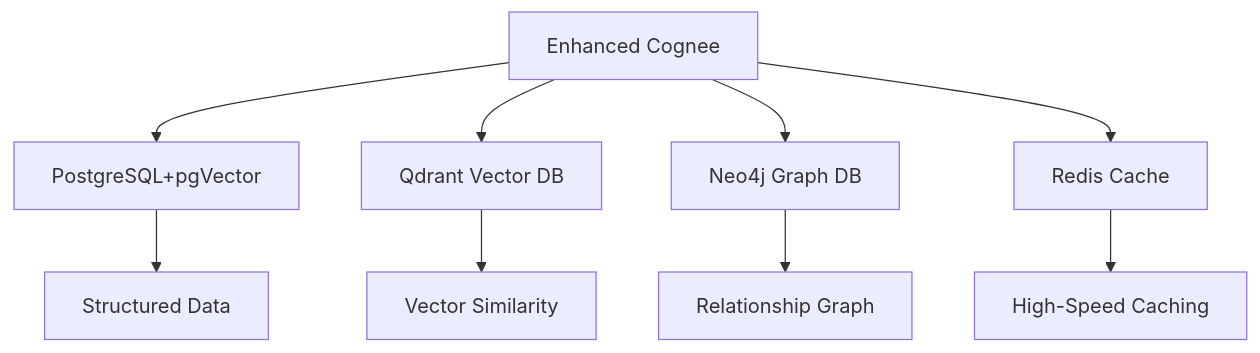
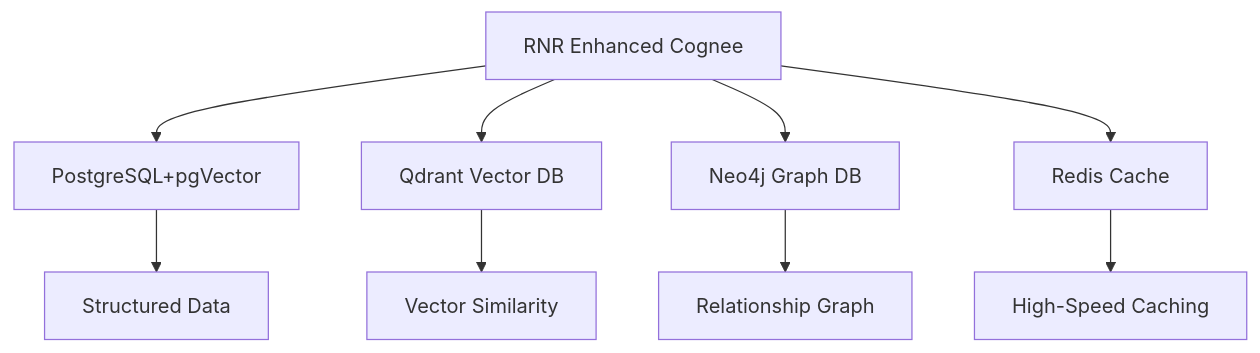
One commit to vincentspereira/Enhanced-Cognee changed the first of 2 diagrams in docs/architecture/IMPLEMENTATION_GUIDE.md. Above: the diagram before and after it, drawn with Mermaid. The commit also changed other lines of this file and 464 other files, not shown here.

First line of the commit message:
chore(rename): rebrand references to RNR Enhanced Cognee

````diff
--- a/docs/architecture/IMPLEMENTATION_GUIDE.md
+++ b/docs/architecture/IMPLEMENTATION_GUIDE.md
@@ -29,12 +29,12 @@
 ```mermaid
 graph TB
-    A[Enhanced Cognee] --> B[PostgreSQL+pgVector]
+    A[RNR Enhanced Cognee] --> B[PostgreSQL+pgVector]
     A --> C[Qdrant Vector DB]
     A --> D[Neo4j Graph DB]
     A --> E[Redis Cache]
 
     B --> F[Structured Data]
     C --> G[Vector Similarity]
     D --> H[Relationship Graph]
     E --> I[High-Speed Caching]
 ```
````
